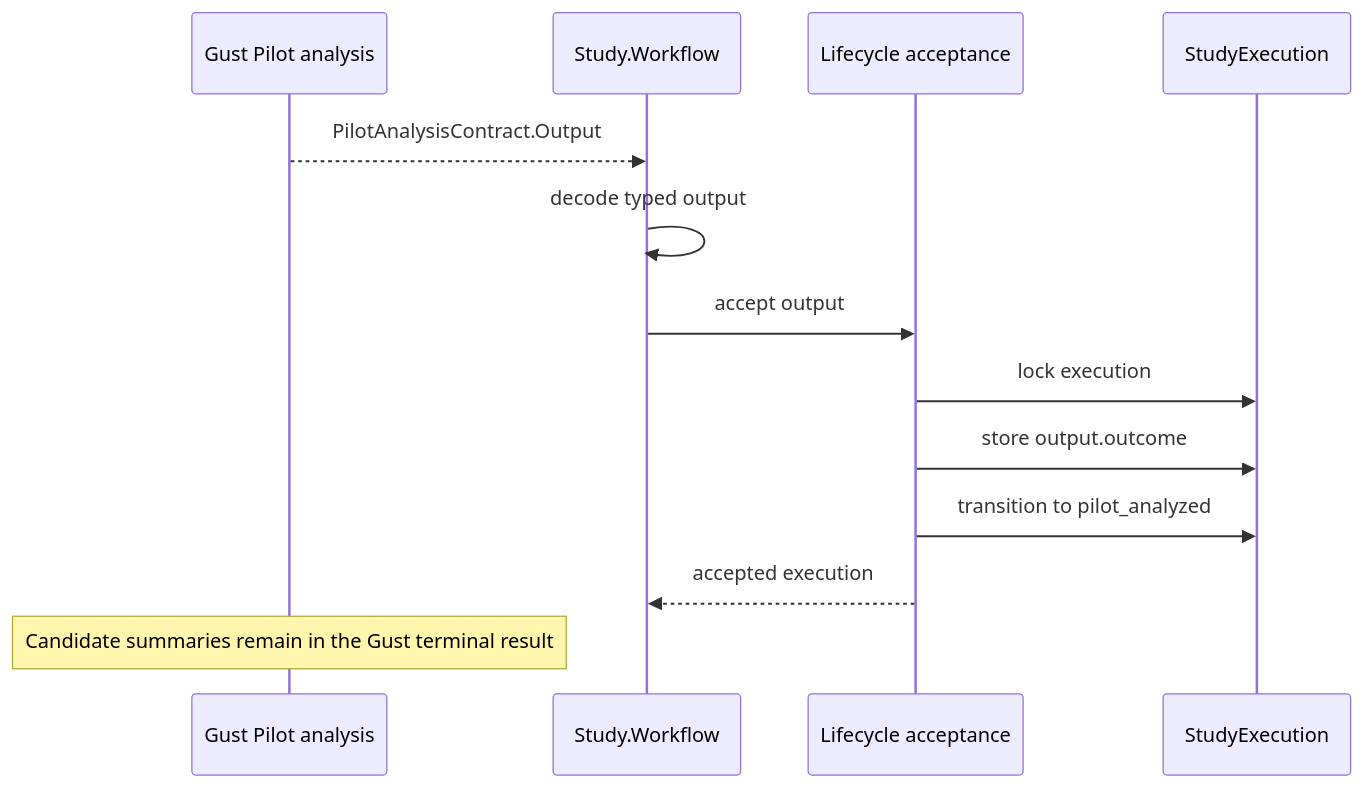
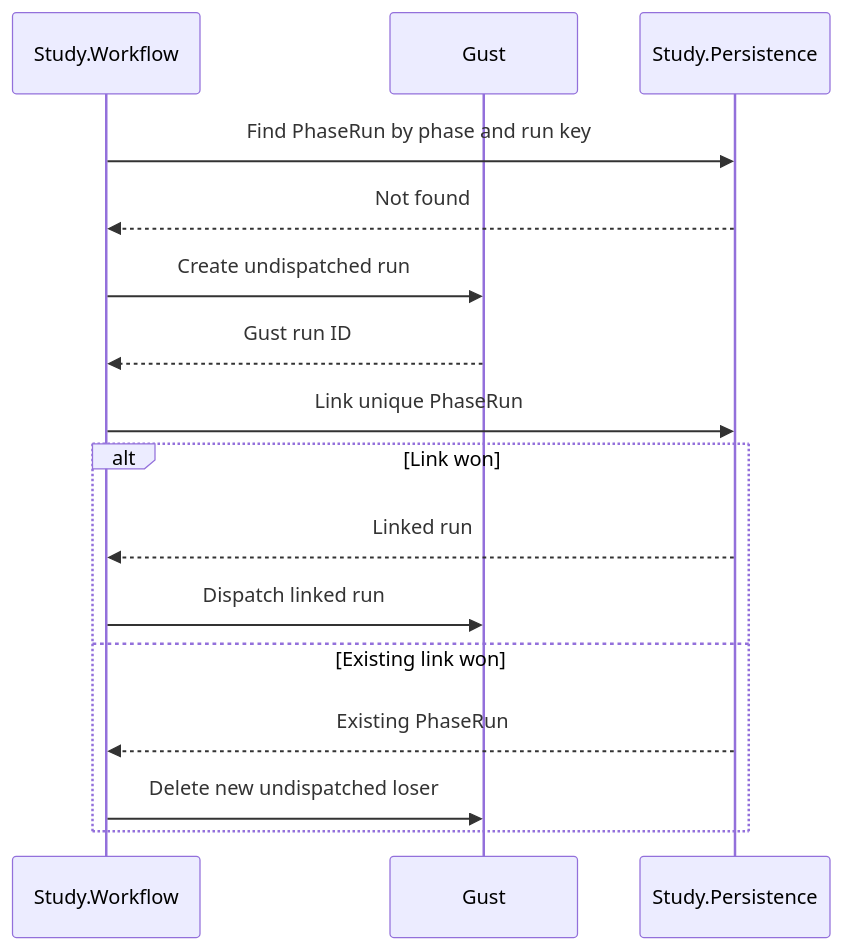
Before and after one commit to michalo1334/master_thesis: the second of 2 diagrams in docs/inprogress/grilling-evaluation-redesign.md, drawn with Mermaid. The commit also changed other lines of this file and 516 other files, not shown here.

````diff
--- a/docs/inprogress/grilling-evaluation-redesign.md
+++ b/docs/inprogress/grilling-evaluation-redesign.md
@@ -2966,16 +73,19 @@
 ```mermaid
 sequenceDiagram
-    participant G as Gust Pilot analysis
     participant W as Study.Workflow
-    participant L as Lifecycle acceptance
-    participant E as StudyExecution
+    participant G as Gust
+    participant P as Study.Persistence
 
-    G-->>W: PilotAnalysisContract.Output
-    W->>W: decode typed output
-    W->>L: accept output
-    L->>E: lock execution
-    L->>E: store output.outcome
-    L->>E: transition to pilot_analyzed
-    L-->>W: accepted execution
-    Note over G: Candidate summaries remain in the Gust terminal result
+    W->>P: Find PhaseRun by phase and run key
+    P-->>W: Not found
+    W->>G: Create undispatched run
+    G-->>W: Gust run ID
+    W->>P: Link unique PhaseRun
+    alt Link won
+        P-->>W: Linked run
+        W->>G: Dispatch linked run
+    else Existing link won
+        P-->>W: Existing PhaseRun
+        W->>G: Delete new undispatched loser
+    end
 ```
````
